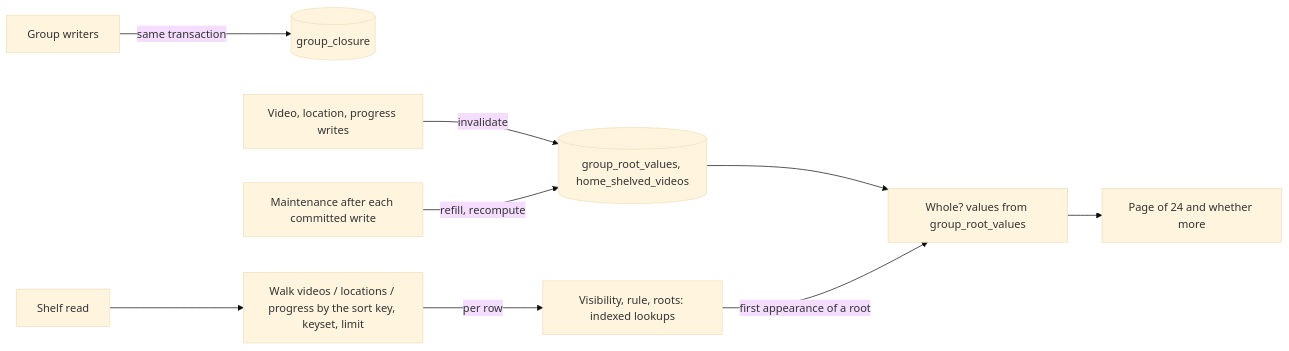
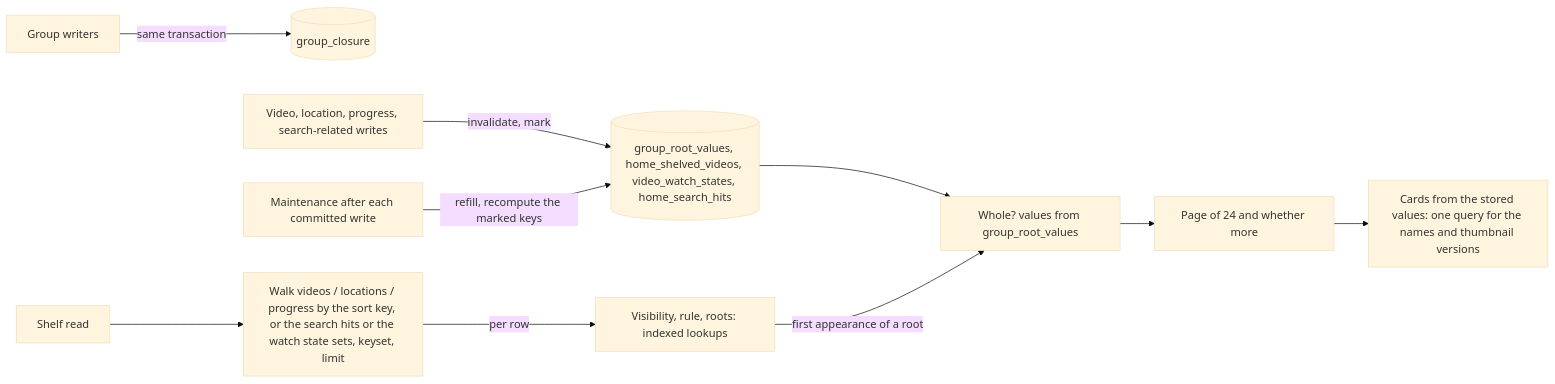
Before and after one commit to syudead/vv: the third of 3 diagrams in docs/design-docs/home.md, drawn with Mermaid (base theme). The commit also changed other lines of this file and 4 other files, not shown here.

First line of the commit message:
docs(057): record the stored shelf cards, watch states and search hits

````diff
--- a/docs/design-docs/home.md
+++ b/docs/design-docs/home.md
@@ -153,11 +153,12 @@
 ```mermaid
 flowchart LR
   write[Group writers] -->|same transaction| closure[(group_closure)]
-  triggers[Video, location, progress writes] -->|invalidate| values[(group_root_values, home_shelved_videos)]
-  maintain[Maintenance after each committed write] -->|refill, recompute| values
-  read[Shelf read] --> walk[Walk videos / locations / progress by the sort key, keyset, limit]
+  triggers[Video, location, progress, search-related writes] -->|invalidate, mark| values[(group_root_values, home_shelved_videos, video_watch_states, home_search_hits)]
+  maintain[Maintenance after each committed write] -->|refill, recompute the marked keys| values
+  read[Shelf read] --> walk[Walk videos / locations / progress by the sort key, or the search hits or the watch state sets, keyset, limit]
   values --> decide
   walk -->|per row| rule[Visibility, rule, roots: indexed lookups]
   rule -->|first appearance of a root| decide[Whole? values from group_root_values]
   decide --> page[Page of 24 and whether more]
+  page --> cards[Cards from the stored values: one query for the names and thumbnail versions]
 ```
````
